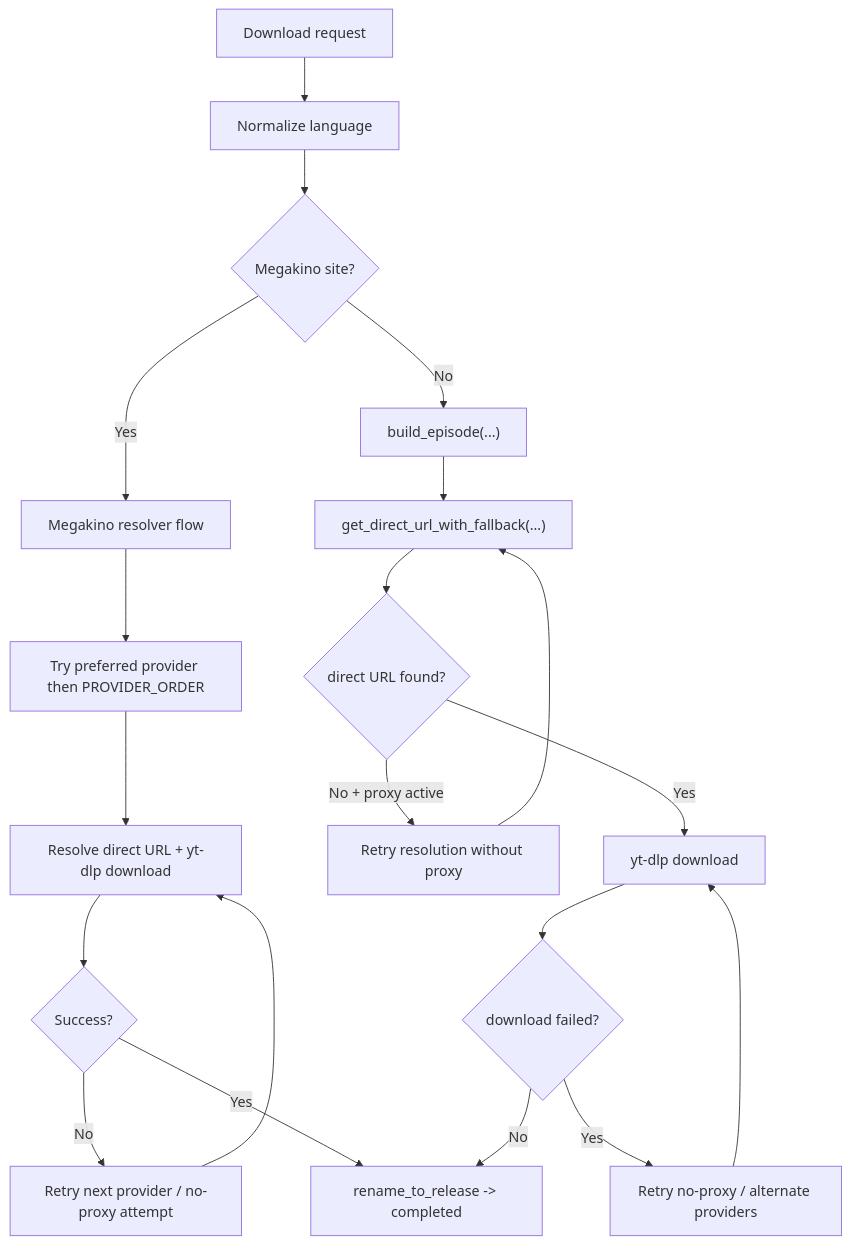
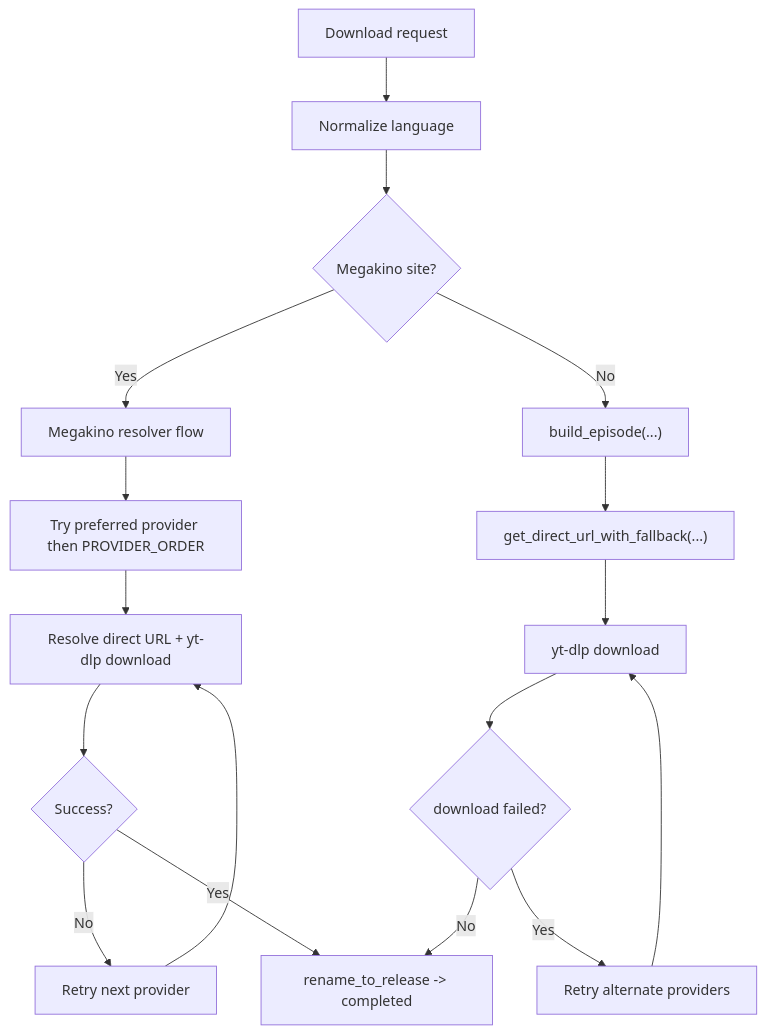
One commit to Zzackllack/AniBridge changed the seventh of 12 diagrams in docs/src/developer/architecture.md. Above: the diagram before and after it, drawn with Mermaid. The commit also changed other lines of this file and 8 other files, not shown here.

````diff
--- a/docs/src/developer/architecture.md
+++ b/docs/src/developer/architecture.md
@@ -271,23 +271,20 @@
 ```mermaid
 flowchart TD
   A["Download request"] --> B["Normalize language"]
   B --> C{"Megakino site?"}
   C -- "Yes" --> D["Megakino resolver flow"]
   D --> E["Try preferred provider then PROVIDER_ORDER"]
   E --> F["Resolve direct URL + yt-dlp download"]
   F --> G{"Success?"}
-  G -- "No" --> H["Retry next provider / no-proxy attempt"]
+  G -- "No" --> H["Retry next provider"]
   H --> F
   G -- "Yes" --> Z["rename_to_release -> completed"]
 
   C -- "No" --> I["build_episode(...)"]
   I --> J["get_direct_url_with_fallback(...)"]
-  J --> K{"direct URL found?"}
-  K -- "No + proxy active" --> L["Retry resolution without proxy"]
-  L --> J
-  K -- "Yes" --> M["yt-dlp download"]
-  M --> N{"download failed?"}
-  N -- "Yes" --> O["Retry no-proxy / alternate providers"]
-  O --> M
+  J --> K["yt-dlp download"]
+  K --> N{"download failed?"}
   N -- "No" --> Z
+  N -- "Yes" --> O["Retry alternate providers"]
+  O --> K
 ```
````
